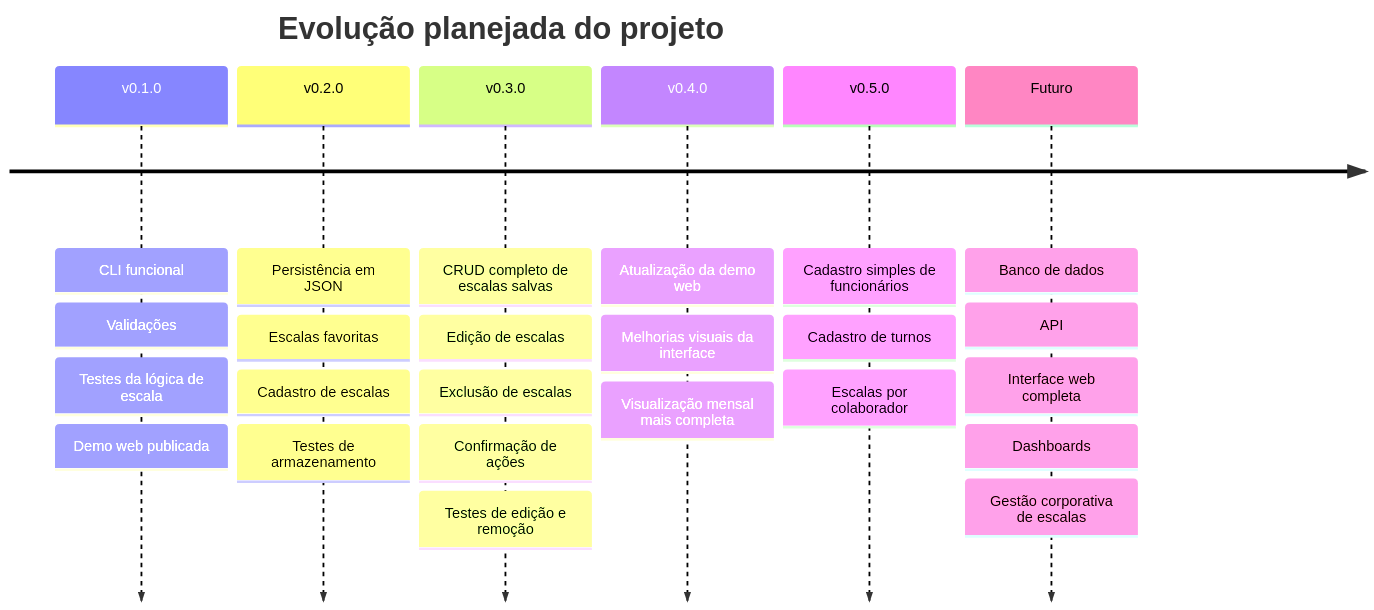
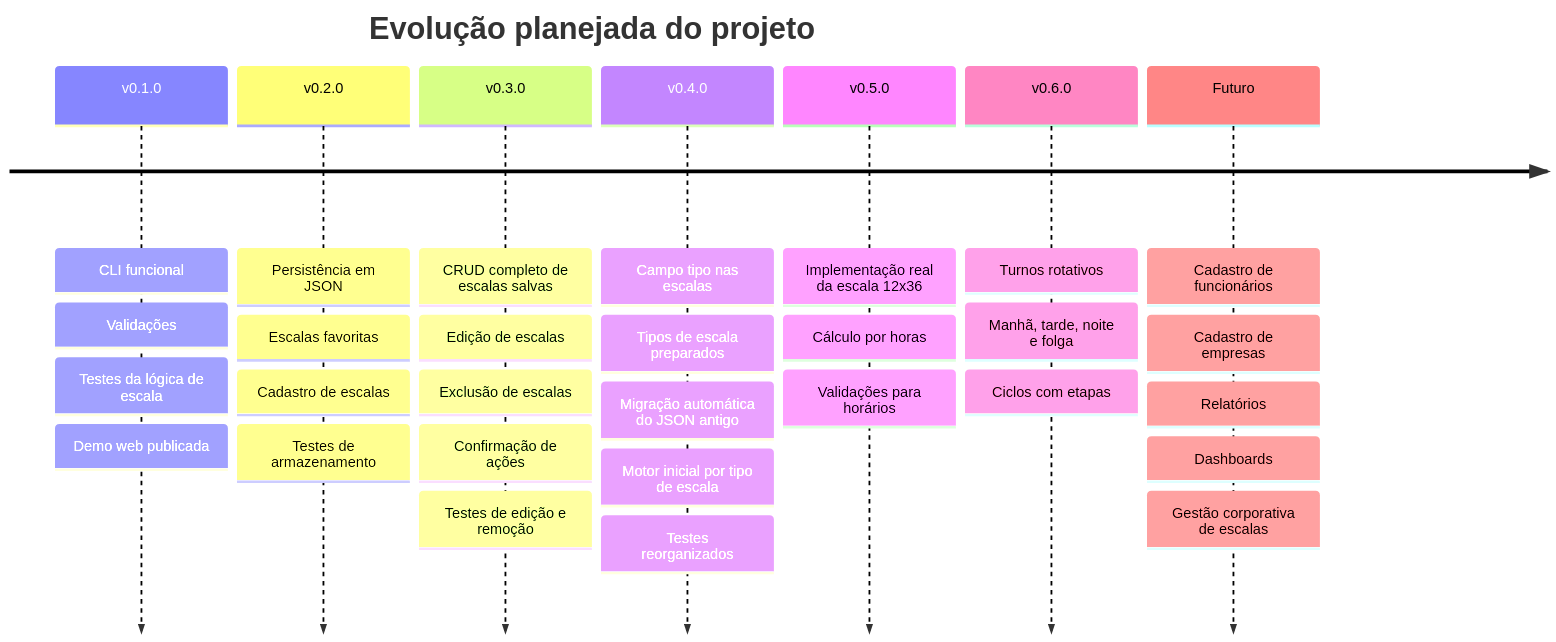
One commit to Dinox75/simulador-escala-trabalho changed the fourth of 4 diagrams in README.md. Above: the diagram before and after it, drawn with Mermaid. The commit also changed other lines of this file, not shown here.

Commit message:
docs: atualiza documentacao para v0.4.0

````diff
--- a/README.md
+++ b/README.md
@@ -802,28 +927,33 @@
 ```mermaid
 timeline
     title Evolução planejada do projeto
     v0.1.0 : CLI funcional
            : Validações
            : Testes da lógica de escala
            : Demo web publicada
     v0.2.0 : Persistência em JSON
            : Escalas favoritas
            : Cadastro de escalas
            : Testes de armazenamento
     v0.3.0 : CRUD completo de escalas salvas
            : Edição de escalas
            : Exclusão de escalas
            : Confirmação de ações
            : Testes de edição e remoção
-    v0.4.0 : Atualização da demo web
-           : Melhorias visuais da interface
-           : Visualização mensal mais completa
-    v0.5.0 : Cadastro simples de funcionários
-           : Cadastro de turnos
-           : Escalas por colaborador
-    Futuro : Banco de dados
-           : API
-           : Interface web completa
+    v0.4.0 : Campo tipo nas escalas
+           : Tipos de escala preparados
+           : Migração automática do JSON antigo
+           : Motor inicial por tipo de escala
+           : Testes reorganizados
+    v0.5.0 : Implementação real da escala 12x36
+           : Cálculo por horas
+           : Validações para horários
+    v0.6.0 : Turnos rotativos
+           : Manhã, tarde, noite e folga
+           : Ciclos com etapas
+    Futuro : Cadastro de funcionários
+           : Cadastro de empresas
+           : Relatórios
            : Dashboards
            : Gestão corporativa de escalas
 ```
````
